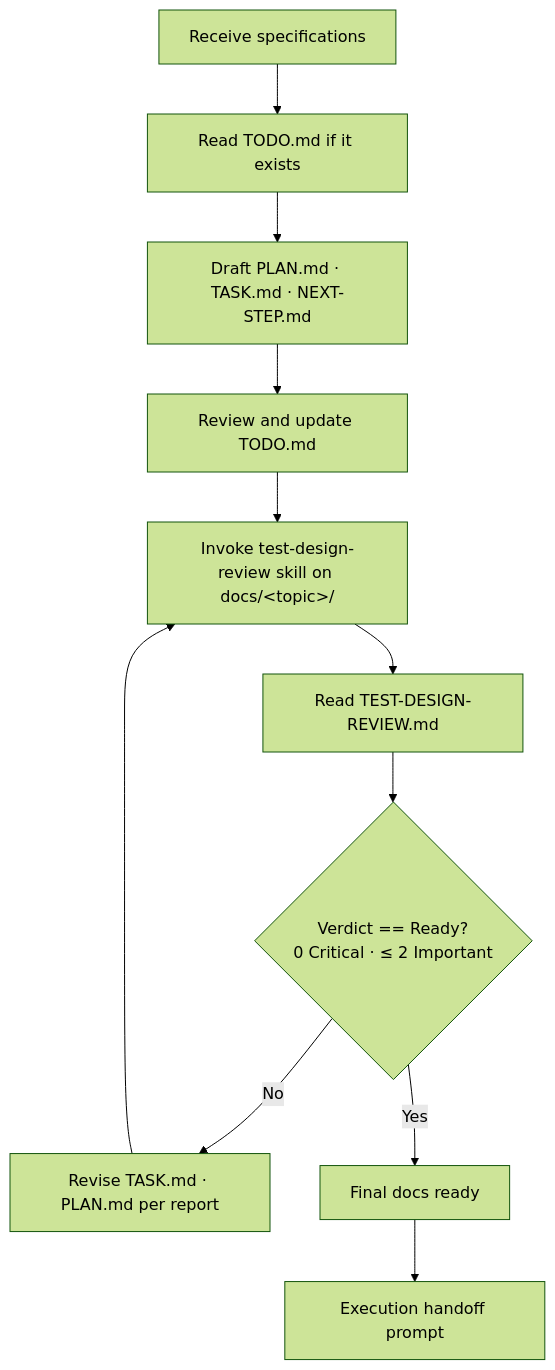
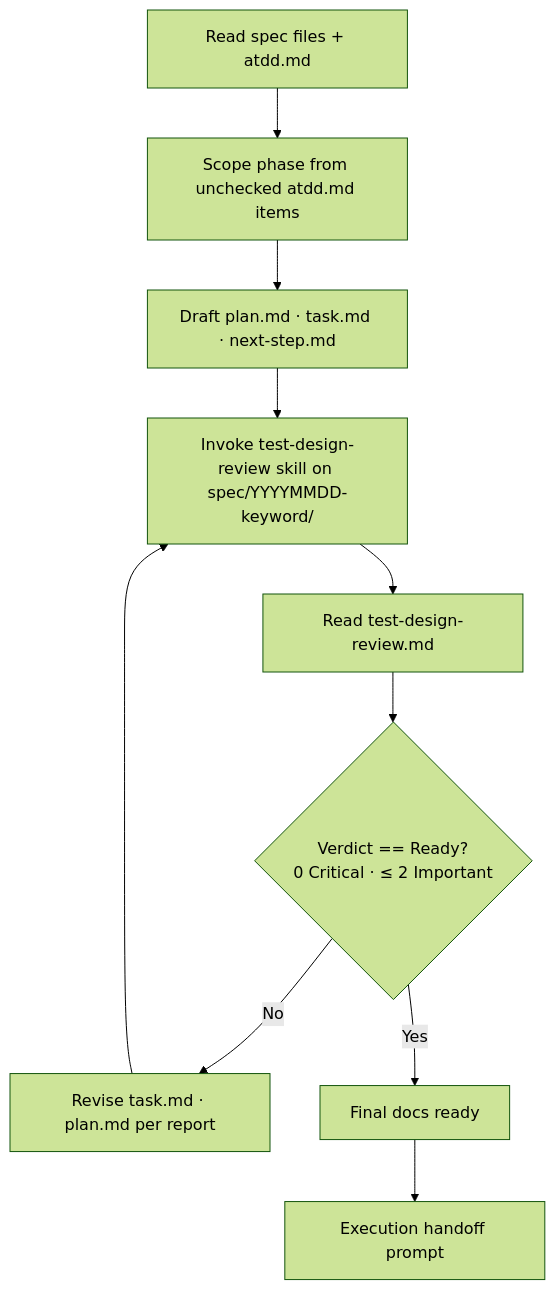
One commit to KiSae-Lee/agentic-workflow changed the first of 2 diagrams in .claude/skills/planning/SKILL.md. Above: the diagram before and after it, drawn with Mermaid (forest theme). The commit also changed other lines of this file and 15 other files, not shown here.

First line of the commit message:
refactor(skills): adopt spec-to-code workflow with ATDD, phase tracking, and kebab-case conventions

````diff
--- a/.claude/skills/planning/SKILL.md
+++ b/.claude/skills/planning/SKILL.md
@@ -36,13 +62,12 @@
 ```mermaid
 flowchart TD
-    A[Receive specifications] --> A1[Read TODO.md if it exists]
-    A1 --> B[Draft PLAN.md · TASK.md · NEXT-STEP.md]
-    B --> B1[Review and update TODO.md]
-    B1 --> C[Invoke test-design-review skill on docs/&lt;topic&gt;/]
-    C --> D[Read TEST-DESIGN-REVIEW.md]
+    A[Read spec files + atdd.md] --> A1[Scope phase from unchecked atdd.md items]
+    A1 --> B[Draft plan.md · task.md · next-step.md]
+    B --> C[Invoke test-design-review skill on spec/YYYYMMDD-keyword/]
+    C --> D[Read test-design-review.md]
     D --> E{Verdict == Ready?<br/>0 Critical · ≤ 2 Important}
-    E -->|No| F[Revise TASK.md · PLAN.md per report]
+    E -->|No| F[Revise task.md · plan.md per report]
     F --> C
     E -->|Yes| G[Final docs ready]
     G --> H[Execution handoff prompt]
 ```
````
